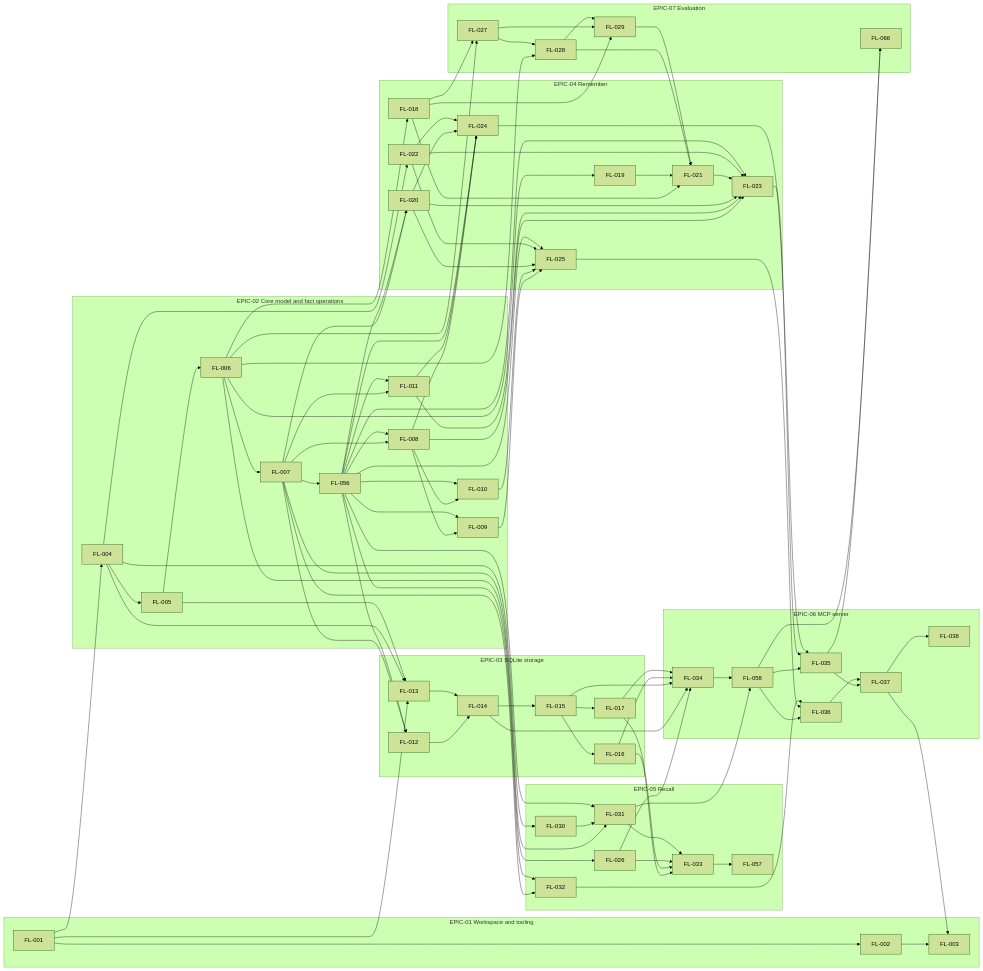
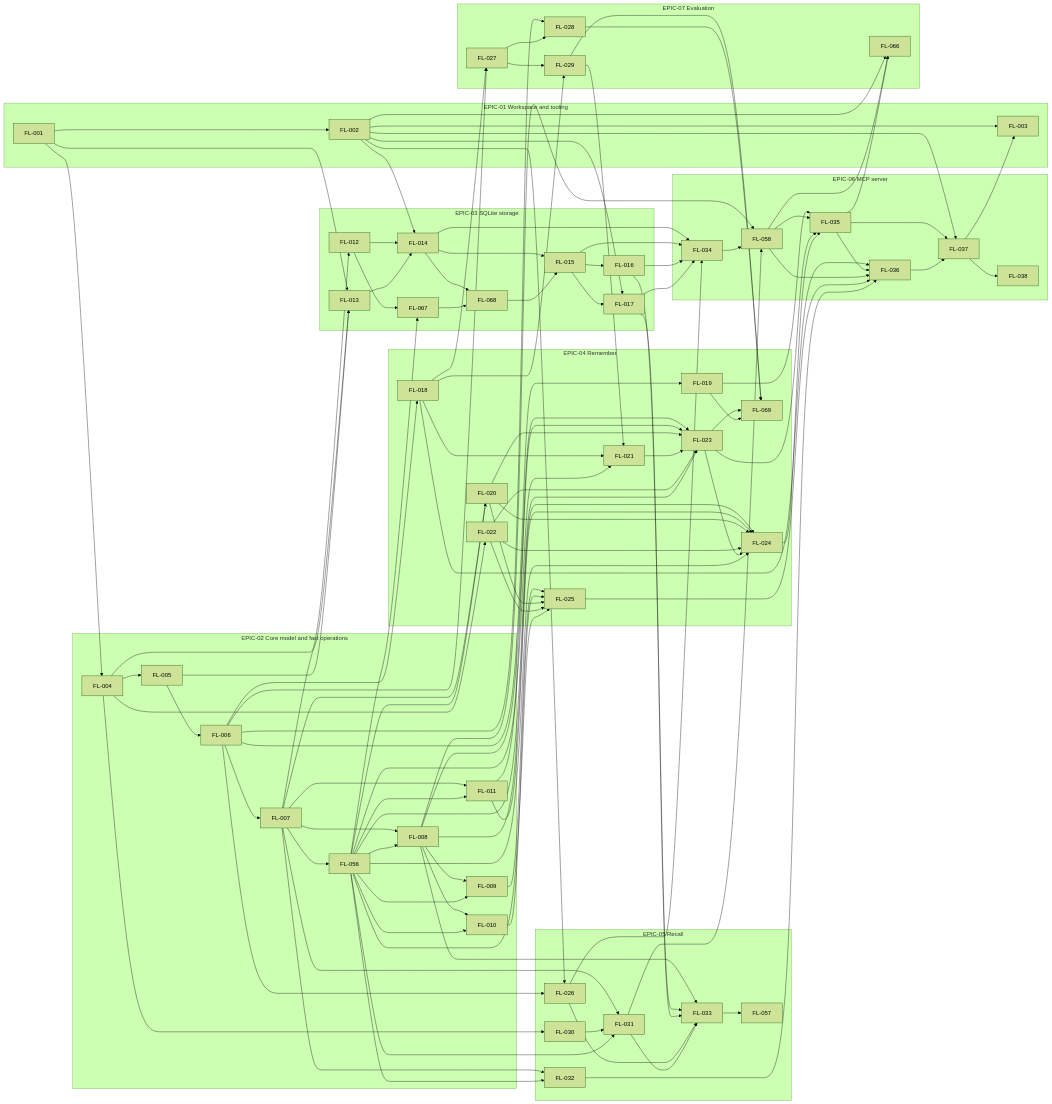
The first of 2 diagrams in docs/roadmap/ROADMAP.md (Enriquez-Johnmark/factloom), drawn with Mermaid (forest theme) before and after one commit. The commit also changed other lines of this file, not shown here.

Commit message:
docs: regenerate roadmap index for 73 work items

````diff
--- a/docs/roadmap/ROADMAP.md
+++ b/docs/roadmap/ROADMAP.md
@@ -154,6 +161,8 @@
     FL015["FL-015"]
     FL016["FL-016"]
     FL017["FL-017"]
+    FL067["FL-067"]
+    FL068["FL-068"]
   end
   subgraph EPIC04["EPIC-04 Remember"]
     FL018["FL-018"]
@@ -164,6 +173,7 @@
     FL023["FL-023"]
     FL024["FL-024"]
     FL025["FL-025"]
+    FL069["FL-069"]
   end
   subgraph EPIC05["EPIC-05 Recall"]
     FL026["FL-026"]
@@ -203,23 +213,24 @@
   FL007 --> FL011
   FL056 --> FL011
   FL007 --> FL012
-  FL056 --> FL012
   FL001 --> FL013
   FL004 --> FL013
   FL005 --> FL013
+  FL002 --> FL014
   FL012 --> FL014
   FL013 --> FL014
   FL014 --> FL015
+  FL068 --> FL015
   FL015 --> FL016
+  FL002 --> FL017
   FL015 --> FL017
   FL006 --> FL018
   FL006 --> FL019
   FL007 --> FL020
   FL056 --> FL020
   FL018 --> FL021
-  FL019 --> FL021
-  FL028 --> FL021
   FL029 --> FL021
+  FL056 --> FL021
   FL004 --> FL022
   FL008 --> FL023
   FL011 --> FL023
@@ -231,12 +242,14 @@
   FL011 --> FL024
   FL020 --> FL024
   FL022 --> FL024
+  FL023 --> FL024
   FL056 --> FL024
   FL009 --> FL025
   FL010 --> FL025
   FL020 --> FL025
   FL022 --> FL025
   FL056 --> FL025
+  FL002 --> FL026
   FL006 --> FL026
   FL006 --> FL027
   FL018 --> FL027
@@ -244,13 +257,13 @@
   FL027 --> FL028
   FL018 --> FL029
   FL027 --> FL029
-  FL028 --> FL029
   FL004 --> FL030
   FL007 --> FL031
   FL030 --> FL031
   FL056 --> FL031
   FL007 --> FL032
   FL056 --> FL032
+  FL008 --> FL033
   FL016 --> FL033
   FL017 --> FL033
   FL026 --> FL033
@@ -260,19 +273,33 @@
   FL016 --> FL034
   FL017 --> FL034
   FL026 --> FL034
+  FL019 --> FL035
   FL058 --> FL035
   FL023 --> FL035
   FL024 --> FL035
+  FL018 --> FL036
+  FL035 --> FL036
   FL058 --> FL036
   FL025 --> FL036
   FL032 --> FL036
+  FL002 --> FL037
   FL035 --> FL037
   FL036 --> FL037
   FL037 --> FL038
   FL007 --> FL056
   FL033 --> FL057
+  FL008 --> FL058
   FL034 --> FL058
   FL031 --> FL058
+  FL002 --> FL066
   FL058 --> FL066
   FL035 --> FL066
+  FL012 --> FL067
+  FL056 --> FL067
+  FL014 --> FL068
+  FL067 --> FL068
+  FL023 --> FL069
+  FL029 --> FL069
+  FL028 --> FL069
+  FL019 --> FL069
 ```
````
